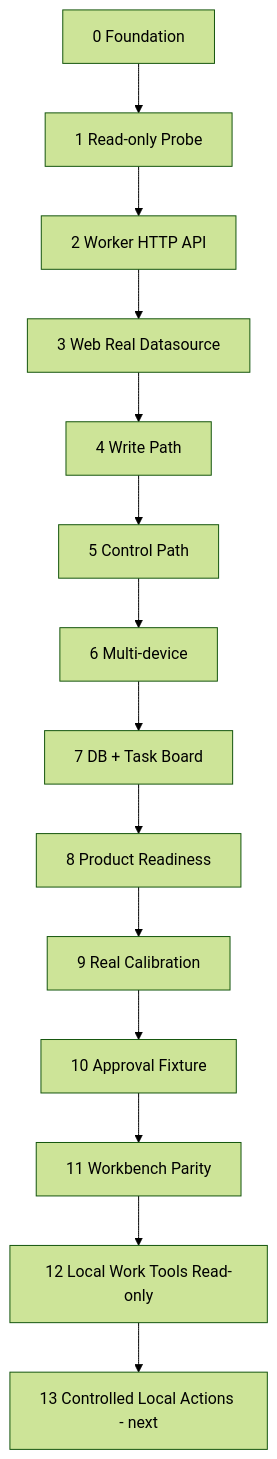
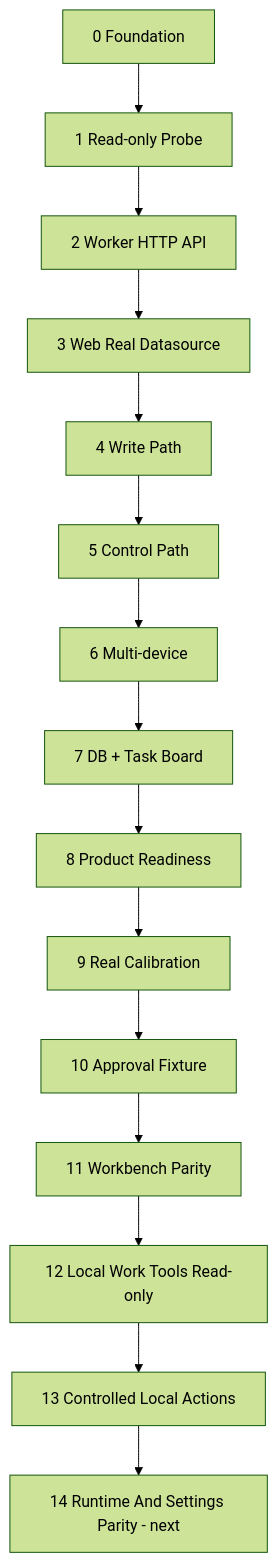
One commit to VintLin/codex-remote changed the second of 2 diagrams in PLAN.md. Above: the diagram before and after it, drawn with Mermaid (forest theme). The commit also changed other lines of this file and 4 other files, not shown here.

Commit message:
Close stage 13 controlled local actions

````diff
--- a/PLAN.md
+++ b/PLAN.md
@@ -63,19 +64,20 @@
 ```mermaid
 flowchart TB
   P0["0 Foundation"]
   P1["1 Read-only Probe"]
   P2["2 Worker HTTP API"]
   P3["3 Web Real Datasource"]
   P4["4 Write Path"]
   P5["5 Control Path"]
   P6["6 Multi-device"]
   P7["7 DB + Task Board"]
   P8["8 Product Readiness"]
   P9["9 Real Calibration"]
   P10["10 Approval Fixture"]
   P11["11 Workbench Parity"]
   P12["12 Local Work Tools Read-only"]
-  P13["13 Controlled Local Actions - next"]
+  P13["13 Controlled Local Actions"]
+  P14["14 Runtime And Settings Parity - next"]
 
-  P0 --> P1 --> P2 --> P3 --> P4 --> P5 --> P6 --> P7 --> P8 --> P9 --> P10 --> P11 --> P12 --> P13
+  P0 --> P1 --> P2 --> P3 --> P4 --> P5 --> P6 --> P7 --> P8 --> P9 --> P10 --> P11 --> P12 --> P13 --> P14
 ```
````
